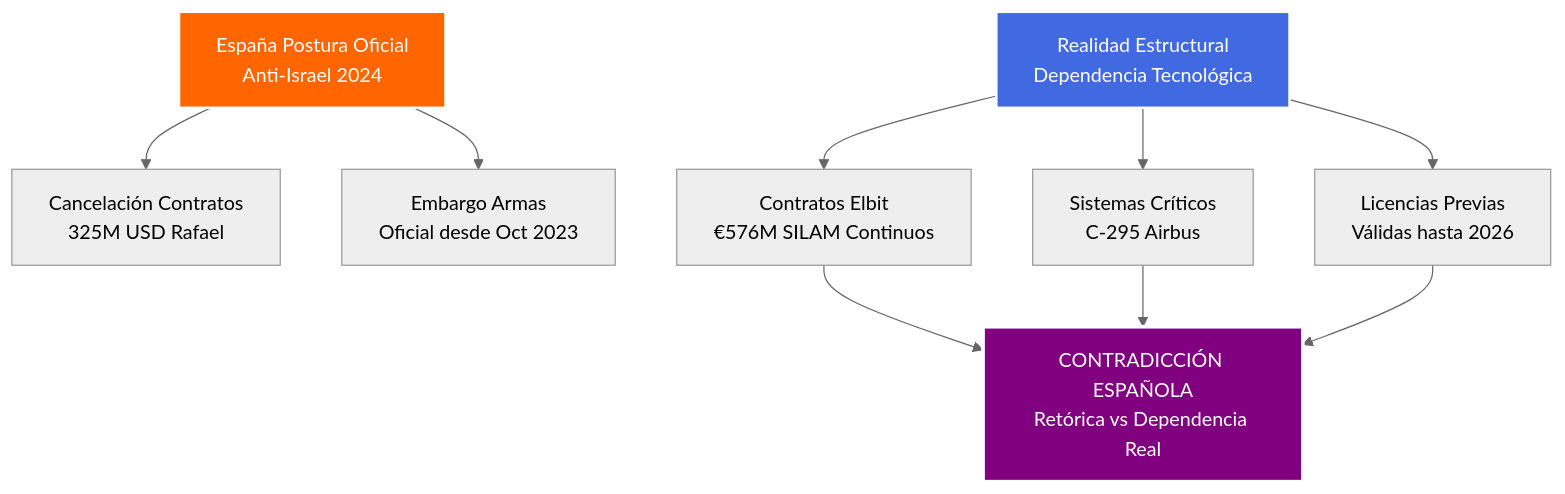
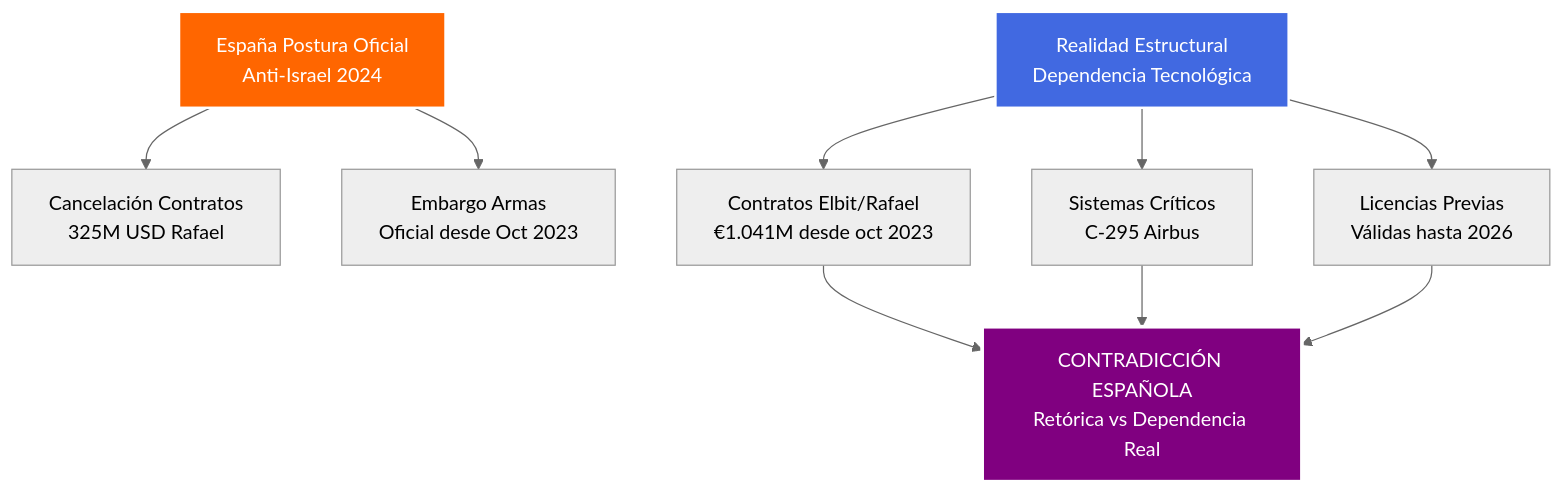
Diagram 45 of 54 in intel/israel_geopolitical_analysis.md (perpetuocambio/annotations), drawn with Mermaid (neutral theme) before and after one commit. The commit also changed other lines of this file, not shown here.

````diff
--- a/intel/israel_geopolitical_analysis.md
+++ b/intel/israel_geopolitical_analysis.md
@@ -1411,17 +1411,17 @@
 ```mermaid
 flowchart TD
     A[España Postura Oficial<br/>Anti-Israel 2024] --> B[Cancelación Contratos<br/>325M USD Rafael]
     A --> C[Embargo Armas<br/>Oficial desde Oct 2023]
     
-    D[Realidad Estructural<br/>Dependencia Tecnológica] --> E[Contratos Elbit<br/>€576M SILAM Continuos]
+    D[Realidad Estructural<br/>Dependencia Tecnológica] --> E[Contratos Elbit/Rafael<br/>€1.041M desde oct 2023]
     D --> F[Sistemas Críticos<br/>C-295 Airbus]
     D --> G[Licencias Previas<br/>Válidas hasta 2026]
     
     E --> H[CONTRADICCIÓN ESPAÑOLA<br/>Retórica vs Dependencia Real]
     F --> H
     G --> H
     
     style A fill:#ff6600,stroke:#fff,stroke-width:2px,color:#fff
     style D fill:#4169e1,stroke:#fff,stroke-width:2px,color:#fff
     style H fill:#800080,stroke:#fff,stroke-width:3px,color:#fff
 ```
````
